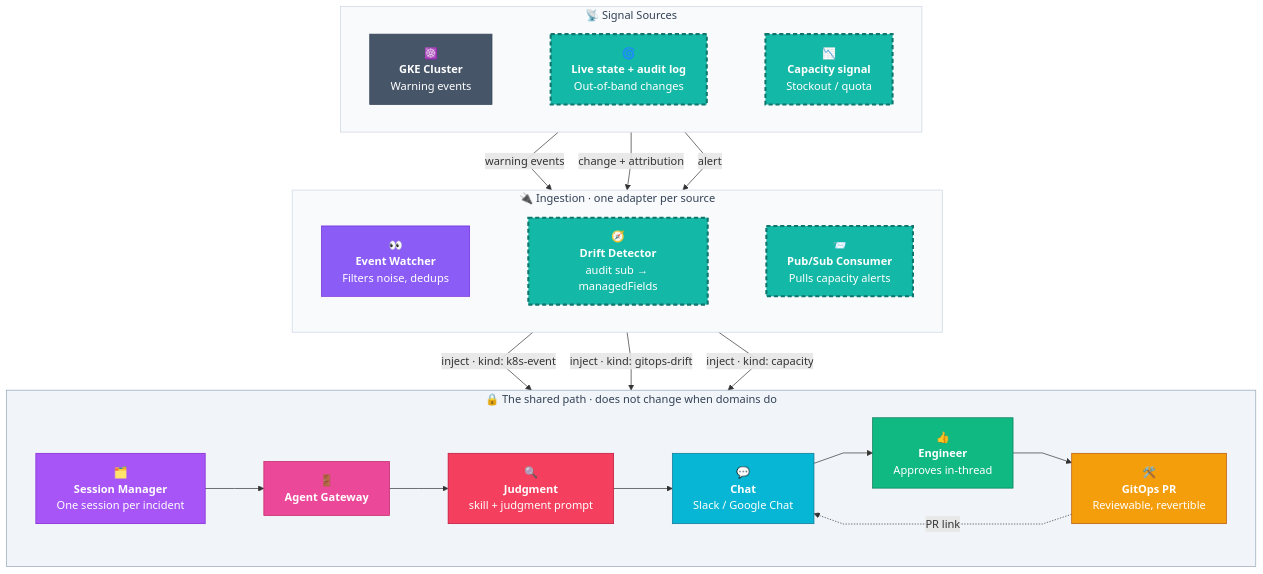
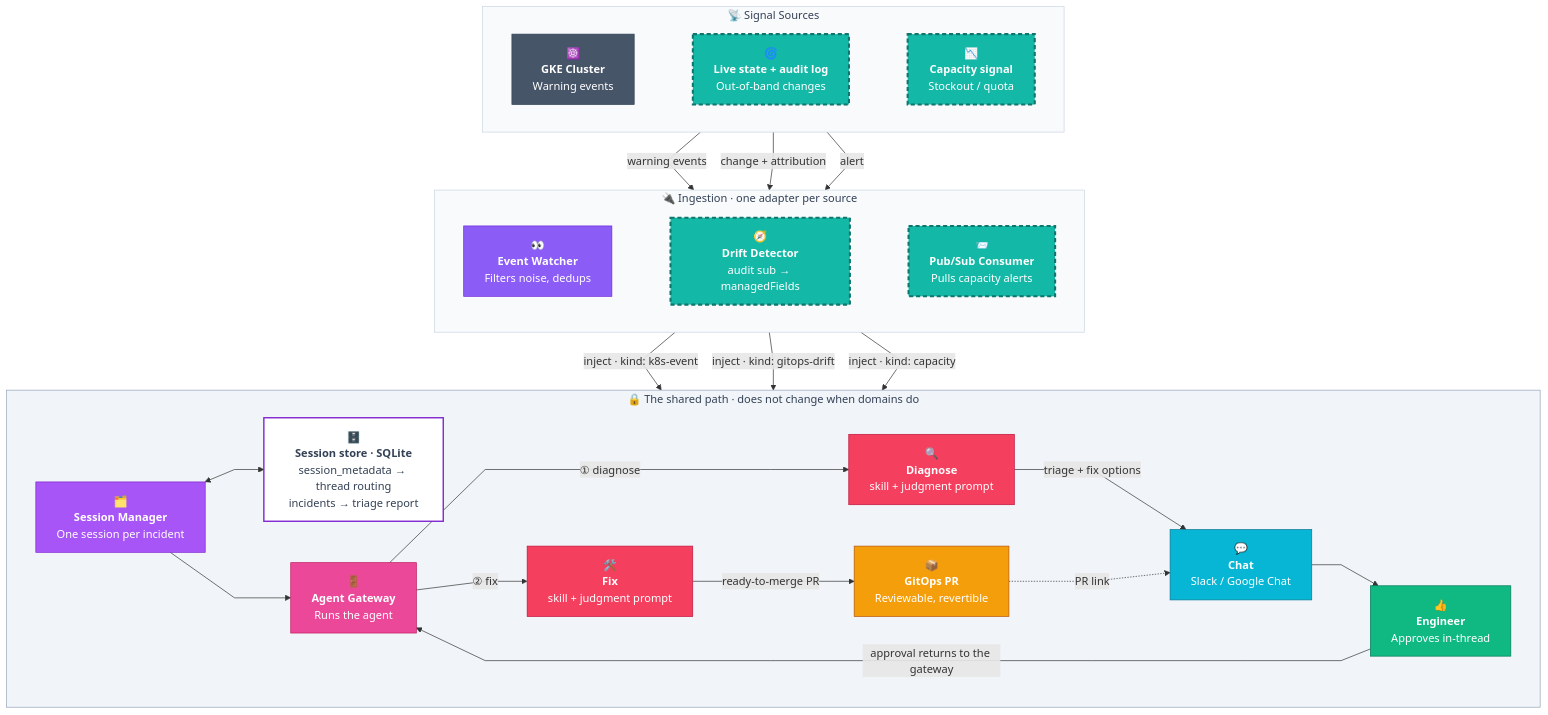
One commit to gke-labs/kube-agents changed the diagram in agents/platform/docs/autoops-architecture.md. Above: the diagram before and after it, drawn with Mermaid. The commit also changed other lines of this file, not shown here.

Commit message:
docs: show both agent turns and the session store in the AutoOps diagram
The diagram collapsed diagnosis and fix into one node with no path back
from the engineer, which read as a single LLM call ending at approval.
Split it into the two turns the code actually runs, route approval back
through the gateway, and draw the SQLite session store that lets the
second turn resolve 'apply Option B' hours later.

Also records outbound-status-to-source as a known gap: today the only
paths out are the chat thread and the PR link posted into it.

````diff
--- a/agents/platform/docs/autoops-architecture.md
+++ b/agents/platform/docs/autoops-architecture.md
@@ -11,65 +11,75 @@
 ```mermaid
 %%{init: {'flowchart': {'curve': 'linear', 'nodeSpacing': 60, 'rankSpacing': 60}}}%%
 flowchart TB
     subgraph SOURCES["📡 Signal Sources"]
         direction LR
         CLUSTER["☸️<br/><b>GKE Cluster</b><br/>Warning events"]
         DRIFT["🌀<br/><b>Live state + audit log</b><br/>Out-of-band changes"]
         CAP["📉<br/><b>Capacity signal</b><br/>Stockout / quota"]
         CLUSTER ~~~ DRIFT ~~~ CAP
     end
 
     subgraph INGEST["🔌 Ingestion · one adapter per source"]
         direction LR
         WATCH["👀<br/><b>Event Watcher</b><br/>Filters noise, dedups"]
         DDET["🧭<br/><b>Drift Detector</b><br/>audit sub → managedFields"]
         PSUB["📨<br/><b>Pub/Sub Consumer</b><br/>Pulls capacity alerts"]
         WATCH ~~~ DDET ~~~ PSUB
     end
 
     subgraph SPINE["🔒 The shared path · does not change when domains do"]
         direction LR
         SESS["🗂️<br/><b>Session Manager</b><br/>One session per incident"]
-        GW["🚪<br/><b>Agent Gateway</b>"]
-        JUDGE["🔍<br/><b>Judgment</b><br/>skill + judgment prompt"]
+        STORE["🗄️<br/><b>Session store · SQLite</b><br/>session_metadata → thread routing<br/>incidents → triage report"]
+        GW["🚪<br/><b>Agent Gateway</b><br/>Runs the agent"]
+        DIAG["🔍<br/><b>Diagnose</b><br/>skill + judgment prompt"]
+        FIXP["🛠️<br/><b>Fix</b><br/>skill + judgment prompt"]
         CHAT["💬<br/><b>Chat</b><br/>Slack / Google Chat"]
         HUMAN["👍<br/><b>Engineer</b><br/>Approves in-thread"]
-        FIX["🛠️<br/><b>GitOps PR</b><br/>Reviewable, revertible"]
-        SESS --> GW --> JUDGE --> CHAT --> HUMAN
-        HUMAN --> FIX
+        FIX["📦<br/><b>GitOps PR</b><br/>Reviewable, revertible"]
+        SESS <--> STORE
+        SESS --> GW
+        GW -->|① diagnose| DIAG
+        DIAG -->|triage + fix options| CHAT
+        CHAT --> HUMAN
+        HUMAN -->|approval returns to the gateway| GW
+        GW -->|② fix| FIXP
+        FIXP -->|ready-to-merge PR| FIX
     end
 
     CLUSTER -->|warning events| WATCH
     DRIFT -->|change + attribution| DDET
     CAP -->|alert| PSUB
 
     WATCH -->|inject · kind: k8s-event| SESS
     DDET -->|inject · kind: gitops-drift| SESS
     PSUB -->|inject · kind: capacity| SESS
 
     FIX -.->|PR link| CHAT
 
     classDef live fill:#475569,stroke:#334155,color:#fff;
     classDef newdom fill:#14B8A6,stroke:#0F766E,stroke-width:3px,color:#fff,stroke-dasharray:6 4;
     classDef ingest fill:#8B5CF6,stroke:#6D28D9,color:#fff;
     classDef sess fill:#A855F7,stroke:#7E22CE,color:#fff;
+    classDef store fill:#FFFFFF,stroke:#7E22CE,stroke-width:2px,color:#334155;
     classDef gw fill:#EC4899,stroke:#BE185D,color:#fff;
     classDef agent fill:#F43F5E,stroke:#BE123C,color:#fff;
     classDef chat fill:#06B6D4,stroke:#0E7490,color:#fff;
     classDef human fill:#10B981,stroke:#047857,color:#fff;
     classDef fix fill:#F59E0B,stroke:#B45309,color:#fff;
 
     class CLUSTER live;
     class DRIFT,CAP,DDET,PSUB newdom;
     class WATCH ingest;
     class SESS sess;
+    class STORE store;
     class GW gw;
-    class JUDGE agent;
+    class DIAG,FIXP agent;
     class CHAT chat;
     class HUMAN human;
     class FIX fix;
 
     style SOURCES fill:#F8FAFC,stroke:#CBD5E1,color:#334155
     style INGEST fill:#F8FAFC,stroke:#CBD5E1,color:#334155
     style SPINE fill:#F1F5F9,stroke:#94A3B8,color:#334155
 ```
````
